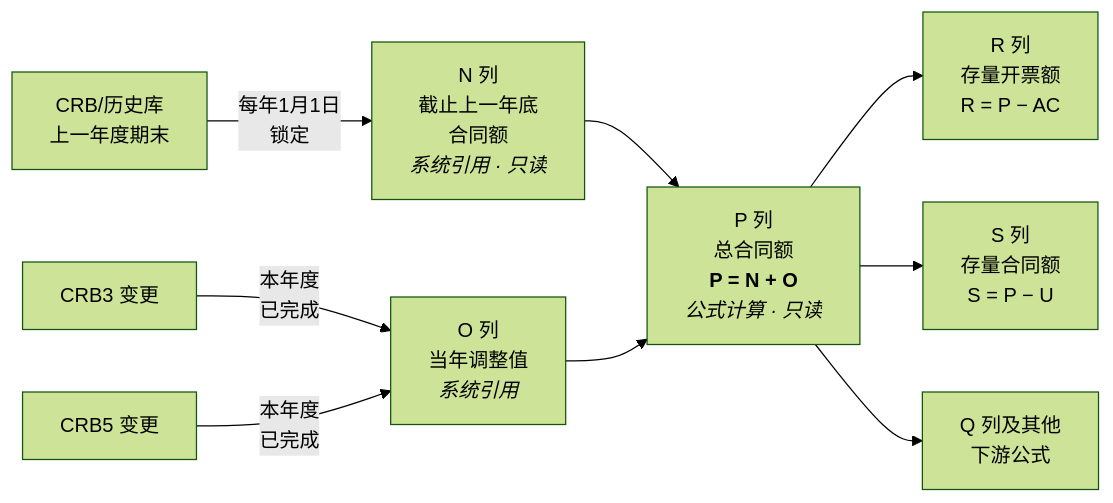
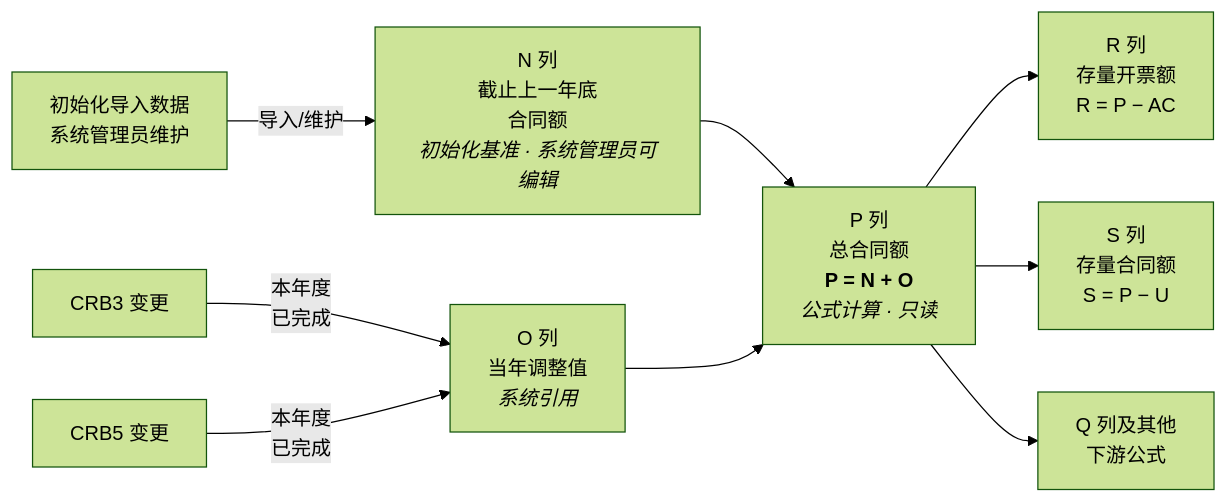
Before and after one commit to marcelxu0272/202605_project-tracking-table: diagram 12 of 14 in docs/需求文档/需求文档_产品版.md, drawn with Mermaid (forest theme). The commit also changed other lines of this file and 20 other files, not shown here.

````diff
--- a/docs/需求文档/需求文档_产品版.md
+++ b/docs/需求文档/需求文档_产品版.md
@@ -1082,14 +1071,14 @@
 ```mermaid
 flowchart LR
-    CRB_HIST["CRB/历史库<br/>上一年度期末"] -->|每年1月1日<br/>锁定| N["N 列<br/>截止上一年底<br/>合同额<br/><i>系统引用 · 只读</i>"]
+    INIT_BASE["初始化导入数据<br/>系统管理员维护"] -->|导入/维护| N["N 列<br/>截止上一年底<br/>合同额<br/><i>初始化基准 · 系统管理员可编辑</i>"]
 
     CRB3["CRB3 变更"] -->|本年度<br/>已完成| O["O 列<br/>当年调整值<br/><i>系统引用</i>"]
     CRB5["CRB5 变更"] -->|本年度<br/>已完成| O
 
     N --> P["P 列<br/>总合同额<br/><b>P = N + O</b><br/><i>公式计算 · 只读</i>"]
     O --> P
 
     P --> R["R 列<br/>存量开票额<br/>R = P − AC"]
     P --> S["S 列<br/>存量合同额<br/>S = P − U"]
     P --> Q["Q 列及其他<br/>下游公式"]
 ```
````
